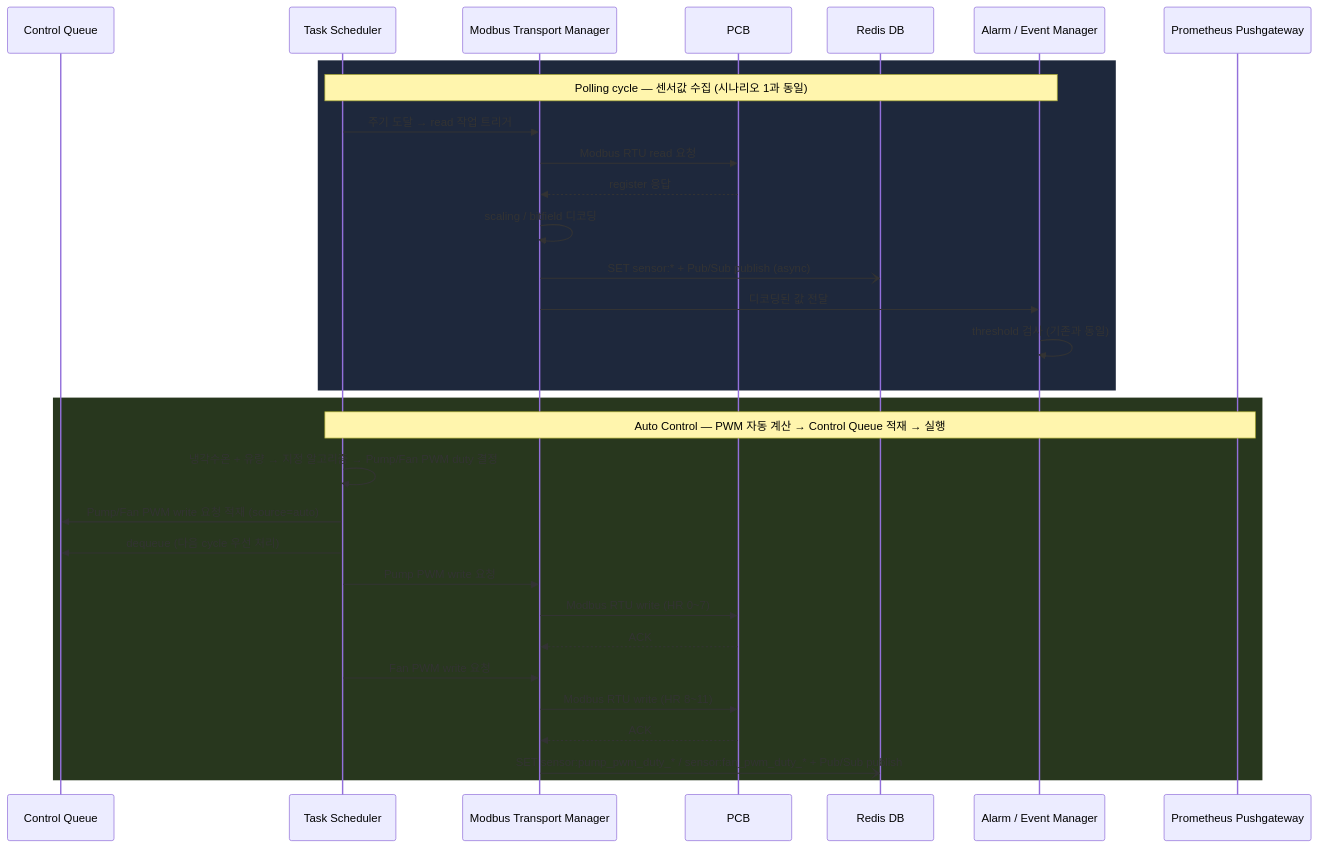
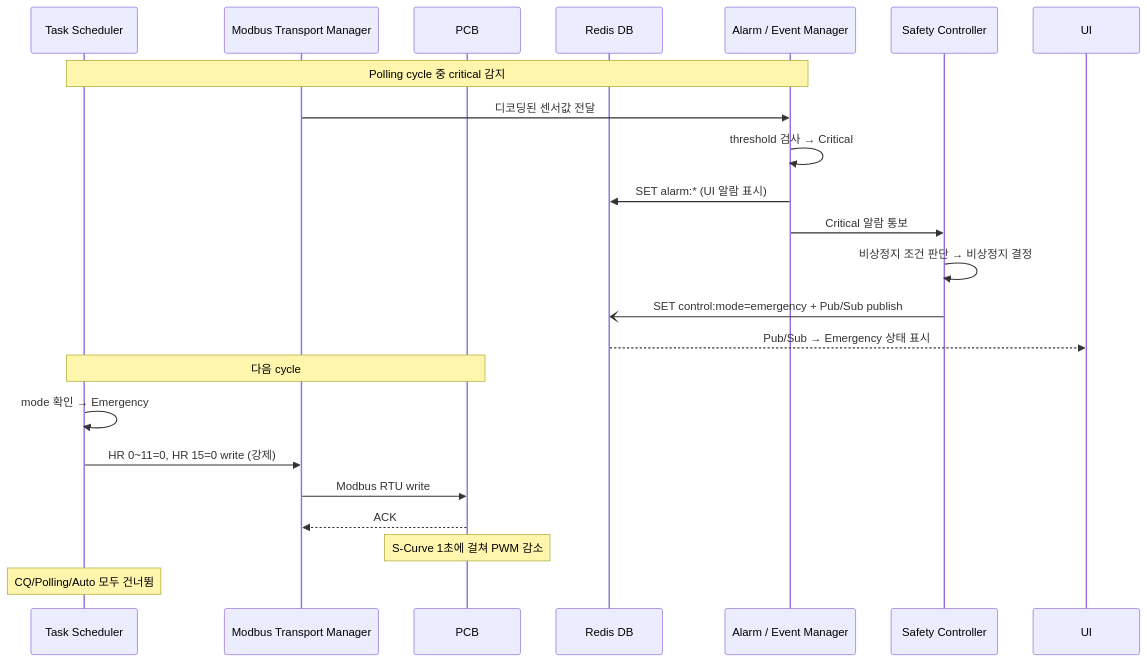
One commit to DEEPGadget/L2A_CDU_system changed the fourth of 5 diagrams in docs/MCG.md. Above: the diagram before and after it, drawn with Mermaid. The commit also changed other lines of this file and 3 other files, not shown here.

````diff
--- a/docs/MCG.md
+++ b/docs/MCG.md
@@ -420,35 +296,27 @@
 ```mermaid
 sequenceDiagram
-    participant CQ as Control Queue
     participant TS as Task Scheduler
     participant MTM as Modbus Transport Manager
     participant PCB as PCB
     participant Redis as Redis DB
     participant AEM as Alarm / Event Manager
-    participant PGW as Prometheus Pushgateway
+    participant SC as Safety Controller
 
-    rect rgb(30, 40, 60)
-        Note over TS,AEM: Polling cycle — 센서값 수집 (시나리오 1과 동일)
-        TS->>MTM: 주기 도달 → read 작업 트리거
-        MTM->>PCB: Modbus RTU read 요청
-        PCB-->>MTM: register 응답
-        MTM->>MTM: scaling / bitfield 디코딩
-        MTM-)Redis: SET sensor:* + Pub/Sub publish (async)
-        MTM->>AEM: 디코딩된 값 전달
-        AEM->>AEM: threshold 검사 (기존과 동일)
-    end
+    Note over TS,AEM: Polling cycle 중 critical 감지
+    MTM->>AEM: 디코딩된 센서값 전달
+    AEM->>AEM: threshold 검사 → Critical
+    AEM->>Redis: SET alarm:* (UI 알람 표시)
+    AEM->>SC: Critical 알람 통보
 
-    rect rgb(40, 55, 30)
-        Note over TS,PGW: Auto Control — PWM 자동 계산 → Control Queue 적재 → 실행
-        TS->>TS: 냉각수온 + 유량 → 지정 알고리즘 → Pump/Fan PWM duty 결정
-        TS->>CQ: Pump/Fan PWM write 요청 적재 (source=auto)
-        TS->>CQ: dequeue (다음 cycle 우선 처리)
-        TS->>MTM: Pump PWM write 요청
-        MTM->>PCB: Modbus RTU write (HR 0~7)
-        PCB-->>MTM: ACK
-        TS->>MTM: Fan PWM write 요청
-        MTM->>PCB: Modbus RTU write (HR 8~11)
-        PCB-->>MTM: ACK
-        MTM-)Redis: SET sensor:pump_pwm_duty_* / sensor:fan_pwm_duty_* + Pub/Sub publish
-    end
+    SC->>SC: 비상정지 조건 판단 → 비상정지 결정
+    SC-)Redis: SET control:mode=emergency + Pub/Sub publish
+    Redis-->>UI: Pub/Sub → Emergency 상태 표시
+
+    Note over TS,PCB: 다음 cycle
+    TS->>TS: mode 확인 → Emergency
+    TS->>MTM: HR 0~11=0, HR 15=0 write (강제)
+    MTM->>PCB: Modbus RTU write
+    PCB-->>MTM: ACK
+    Note over PCB: S-Curve 1초에 걸쳐 PWM 감소
+    Note over TS: CQ/Polling/Auto 모두 건너뜀
 ```
````
